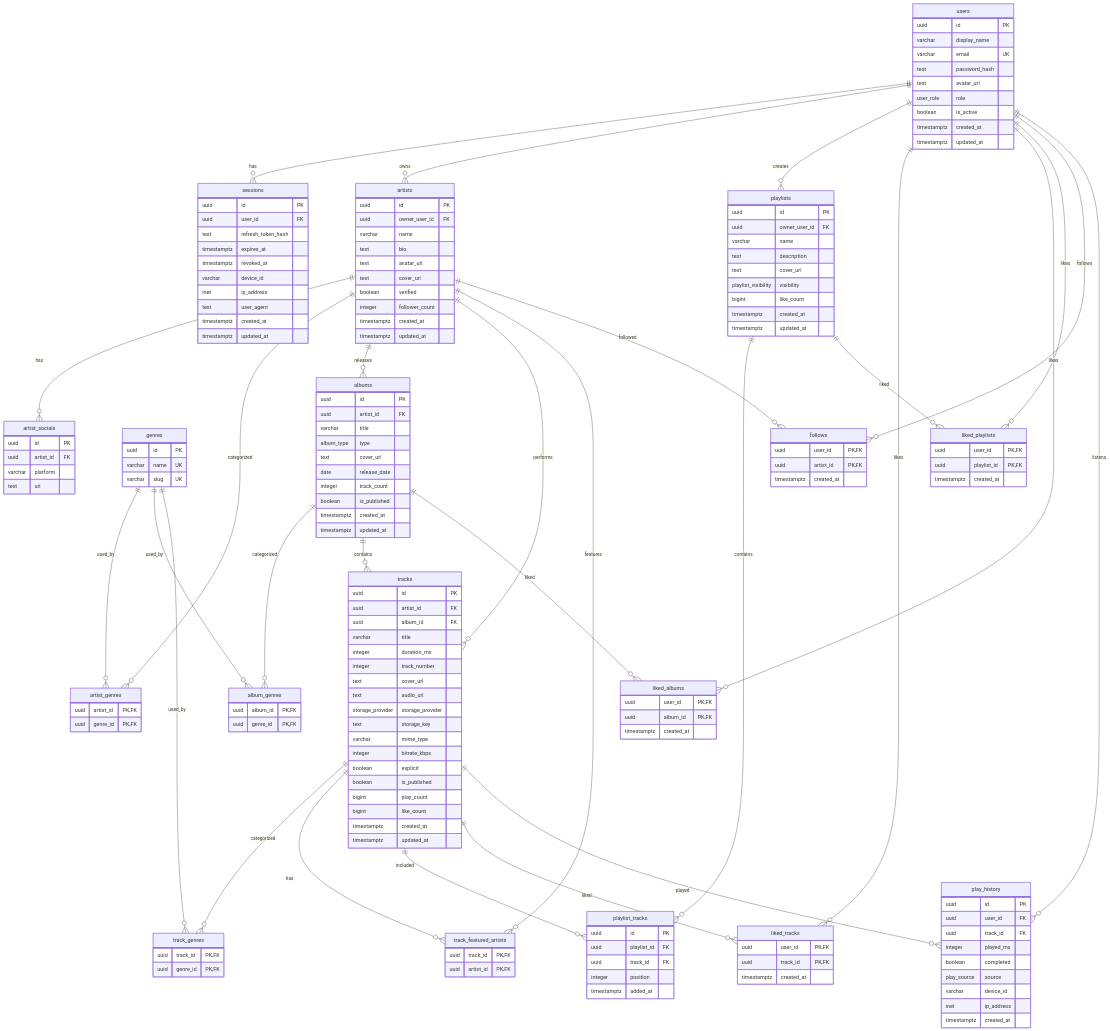
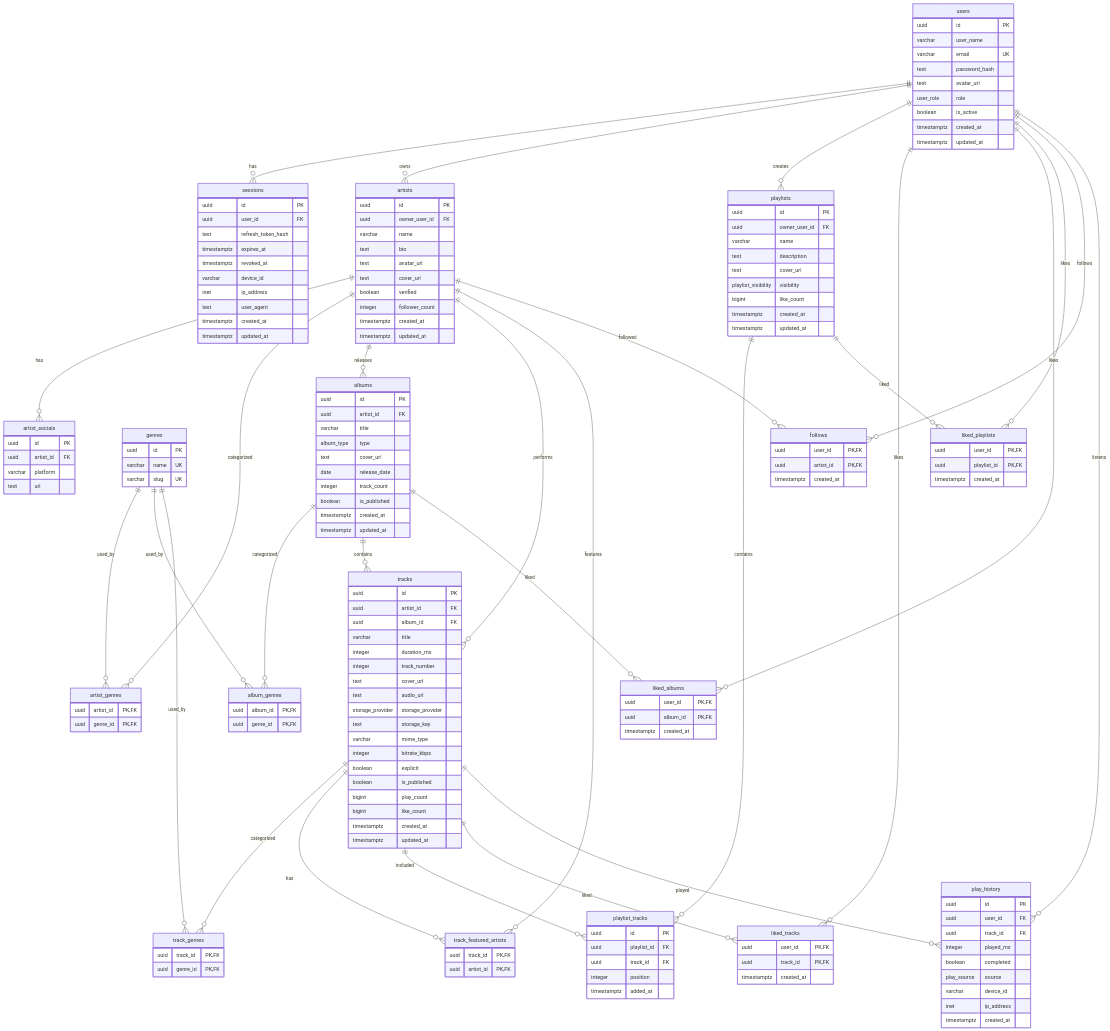
Before and after one commit to losermuug/audio_stream_backend: the diagram in docs/POSTGRES_ERD.md, drawn with Mermaid. The commit also changed 6 other files, not shown here.

```diff
--- a/docs/POSTGRES_ERD.md
+++ b/docs/POSTGRES_ERD.md
@@ -8,7 +8,7 @@
 erDiagram
   users {
     uuid id PK
-    varchar display_name
+    varchar user_name
     varchar email UK
     text password_hash
     text avatar_url
```
